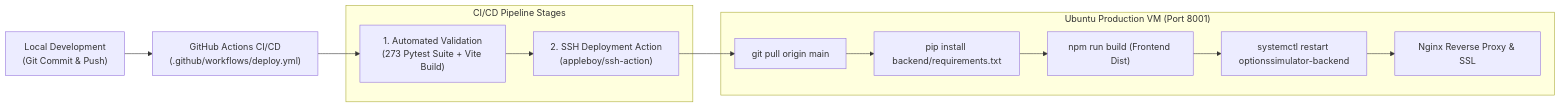
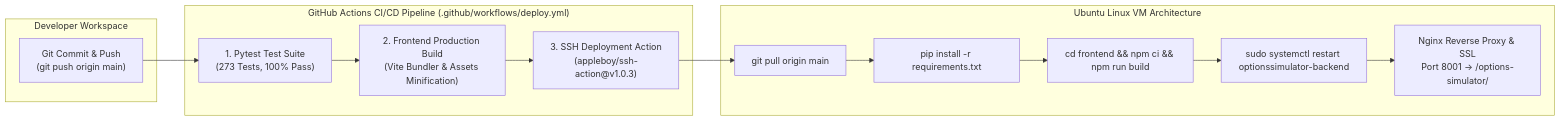
The fifth of 5 diagrams in docs/ARCHITECTURE.md (PARTHIBAKANNAN/OptionsSimulator), drawn with Mermaid before and after one commit. The commit also changed other lines of this file and 1 other file, not shown here.

Commit message:
docs: expand master technical architecture reference manual and interactive suite

````diff
--- a/docs/ARCHITECTURE.md
+++ b/docs/ARCHITECTURE.md
@@ -259,21 +571,22 @@
 ```mermaid
 flowchart LR
-    Dev["Local Development<br/>(Git Commit & Push)"] --> GHA["GitHub Actions CI/CD<br/>(.github/workflows/deploy.yml)"]
-    
-    subgraph GHA_Pipeline ["CI/CD Pipeline Stages"]
-        Test["1. Automated Validation<br/>(273 Pytest Suite + Vite Build)"]
-        SSH["2. SSH Deployment Action<br/>(appleboy/ssh-action)"]
+    subgraph Developer_Workspace ["Developer Workspace"]
+        Commit["Git Commit & Push<br/>(git push origin main)"]
     end
-    
-    GHA --> Test --> SSH
-    
-    subgraph Prod_VM ["Ubuntu Production VM (Port 8001)"]
+
+    subgraph CI_CD ["GitHub Actions CI/CD Pipeline (.github/workflows/deploy.yml)"]
+        TestRunner["1. Pytest Test Suite<br/>(273 Tests, 100% Pass)"]
+        ViteBuild["2. Frontend Production Build<br/>(Vite Bundler & Assets Minification)"]
+        SSHAction["3. SSH Deployment Action<br/>(appleboy/ssh-action@v1.0.3)"]
+    end
+
+    subgraph Production_VM ["Ubuntu Linux VM Architecture"]
         GitPull["git pull origin main"]
-        Pip["pip install backend/requirements.txt"]
-        NPM["npm run build (Frontend Dist)"]
-        Systemd["systemctl restart optionssimulator-backend"]
-        Nginx["Nginx Reverse Proxy & SSL"]
+        PipInstall["pip install -r requirements.txt"]
+        NPM_Build["cd frontend && npm ci && npm run build"]
+        SystemdRestart["sudo systemctl restart optionssimulator-backend"]
+        NginxProxy["Nginx Reverse Proxy & SSL<br/>Port 8001 -> /options-simulator/"]
     end
-    
-    SSH --> GitPull --> Pip --> NPM --> Systemd --> Nginx
+
+    Commit --> TestRunner --> ViteBuild --> SSHAction --> GitPull --> PipInstall --> NPM_Build --> SystemdRestart --> NginxProxy
 ```
````
